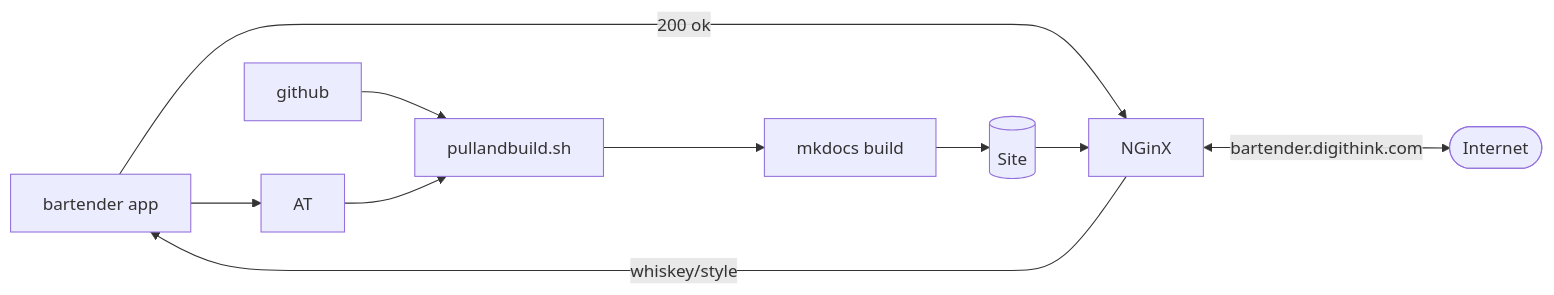
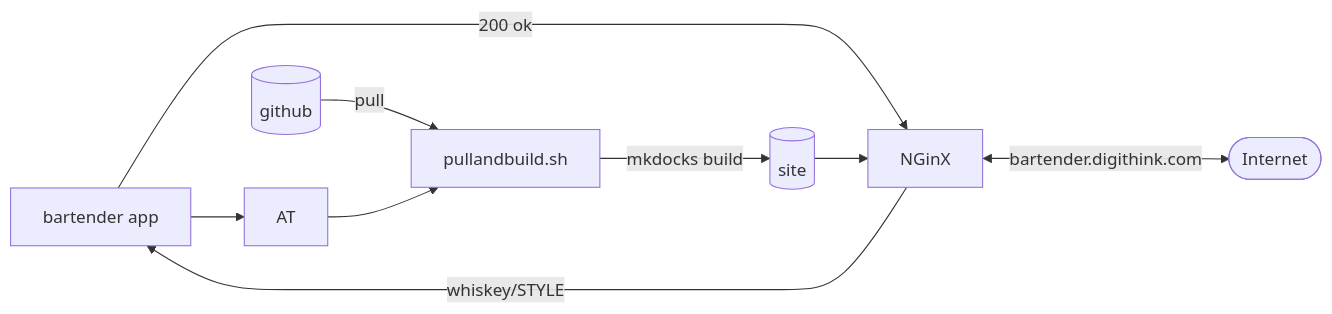
Before and after one commit to suspect-devices/digithink: the second of 2 diagrams in whiskey/bartender/docs/README.md, drawn with Mermaid. The commit also changed other lines of this file, not shown here.

Commit message:
Fix the mermaid

````diff
--- a/whiskey/bartender/docs/README.md
+++ b/whiskey/bartender/docs/README.md
@@ -19,10 +19,9 @@
 ```mermaid
   graph LR
   A[bartender app] --> C[AT]
   A -- 200 ok --> N[NGinX] <-- bartender.digithink.com --> I([Internet])
-  G[github] --> D
+  G[(github)] -- pull --> D
   C --> D[pullandbuild.sh]
-  D --> E[mkdocs build]
-  E --> O[(Site)] -->N
-  N -- whiskey/style --> A
+  D -- mkdocks build --> O[(site)] -->N
+  N -- whiskey/STYLE --> A
 ```
````
